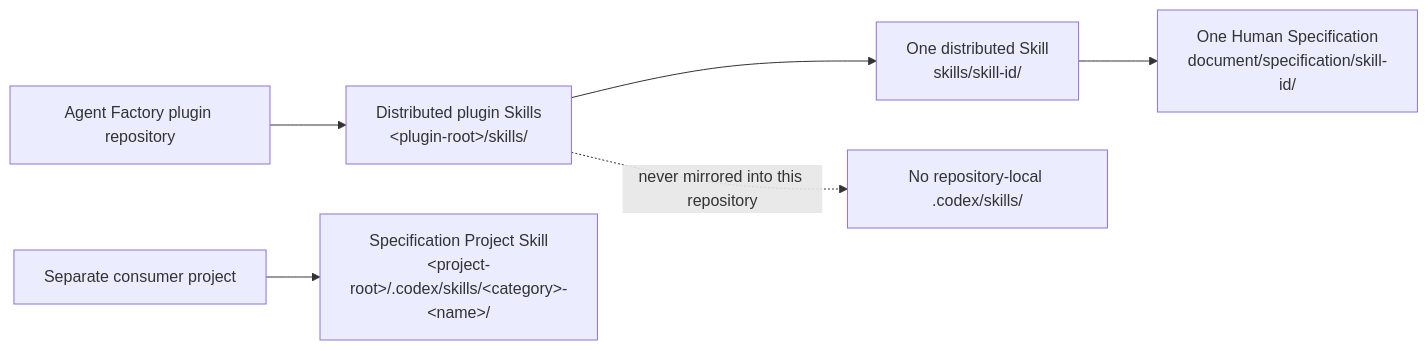
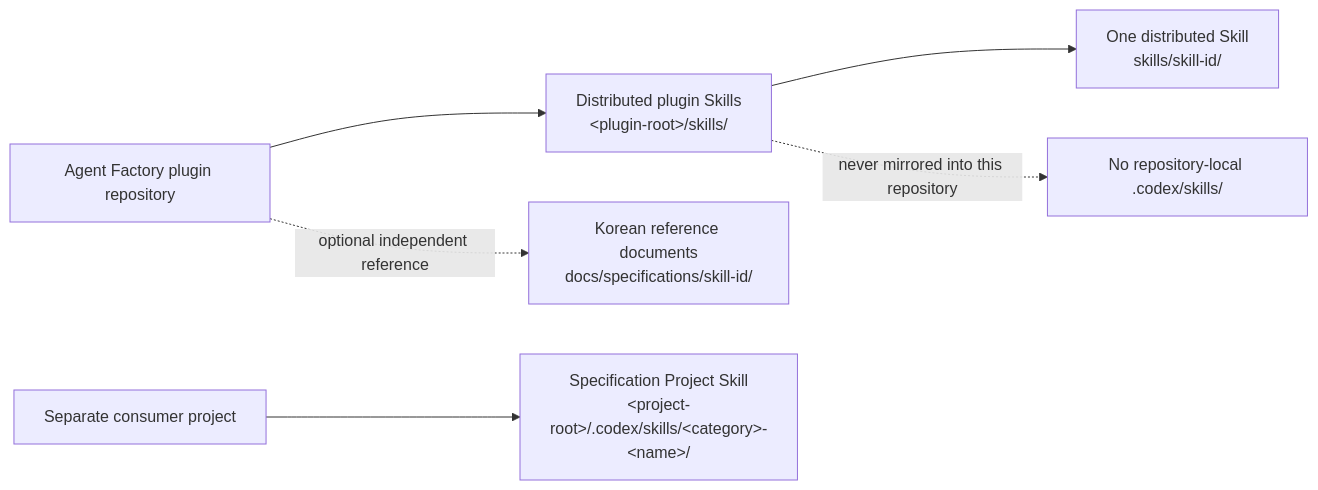
The seventh of 9 diagrams in skills/convention/references/diagrams.md (KoreanLeeChangHyun/agent-factory-codex-plugin), drawn with Mermaid before and after one commit. The commit also changed other lines of this file and 89 other files, not shown here.

````diff
--- a/skills/convention/references/diagrams.md
+++ b/skills/convention/references/diagrams.md
@@ -178,10 +174,10 @@
 ```mermaid
 flowchart LR
     accTitle: Distributed and Project Skill ownership
     accDescr: The plugin owns distributed Skills under skills while separate consumer projects own Specification Project Skills directly under their own .codex skills root.
     Plugin[Agent Factory plugin repository] --> Distributed[Distributed plugin Skills<br/>&lt;plugin-root&gt;/skills/]
     Distributed --> Core[One distributed Skill<br/>skills/skill-id/]
-    Core --> BindingOwner[One Human Specification<br/>document/specification/skill-id/]
+    Plugin -. optional independent reference .-> HumanReference[Korean reference documents<br/>docs/specifications/skill-id/]
     Consumer[Separate consumer project] --> ProjectSkill[Specification Project Skill<br/>&lt;project-root&gt;/.codex/skills/&lt;category&gt;-&lt;name&gt;/]
     Distributed -. never mirrored into this repository .-> NoCodex[No repository-local .codex/skills/]
 ```
````
